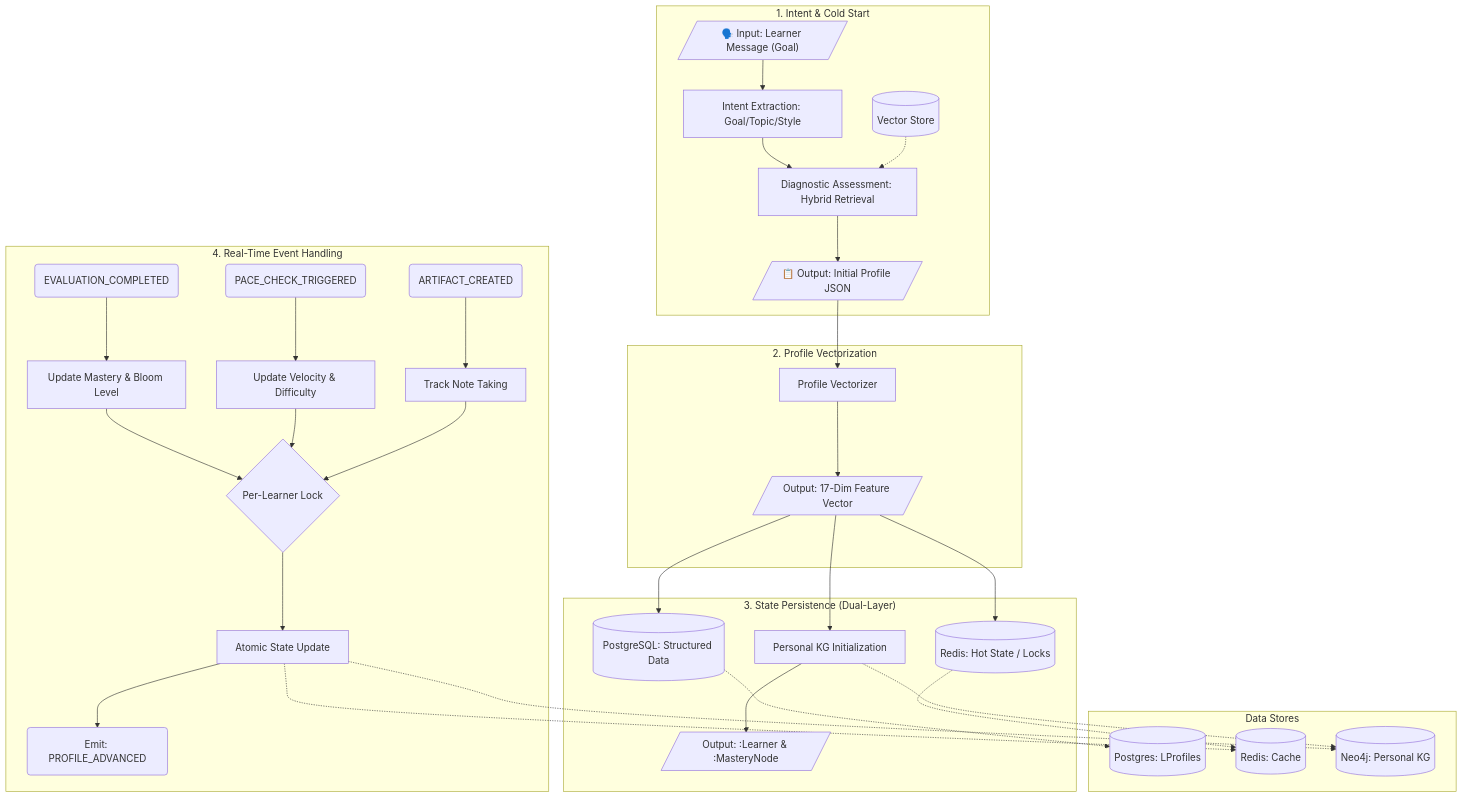
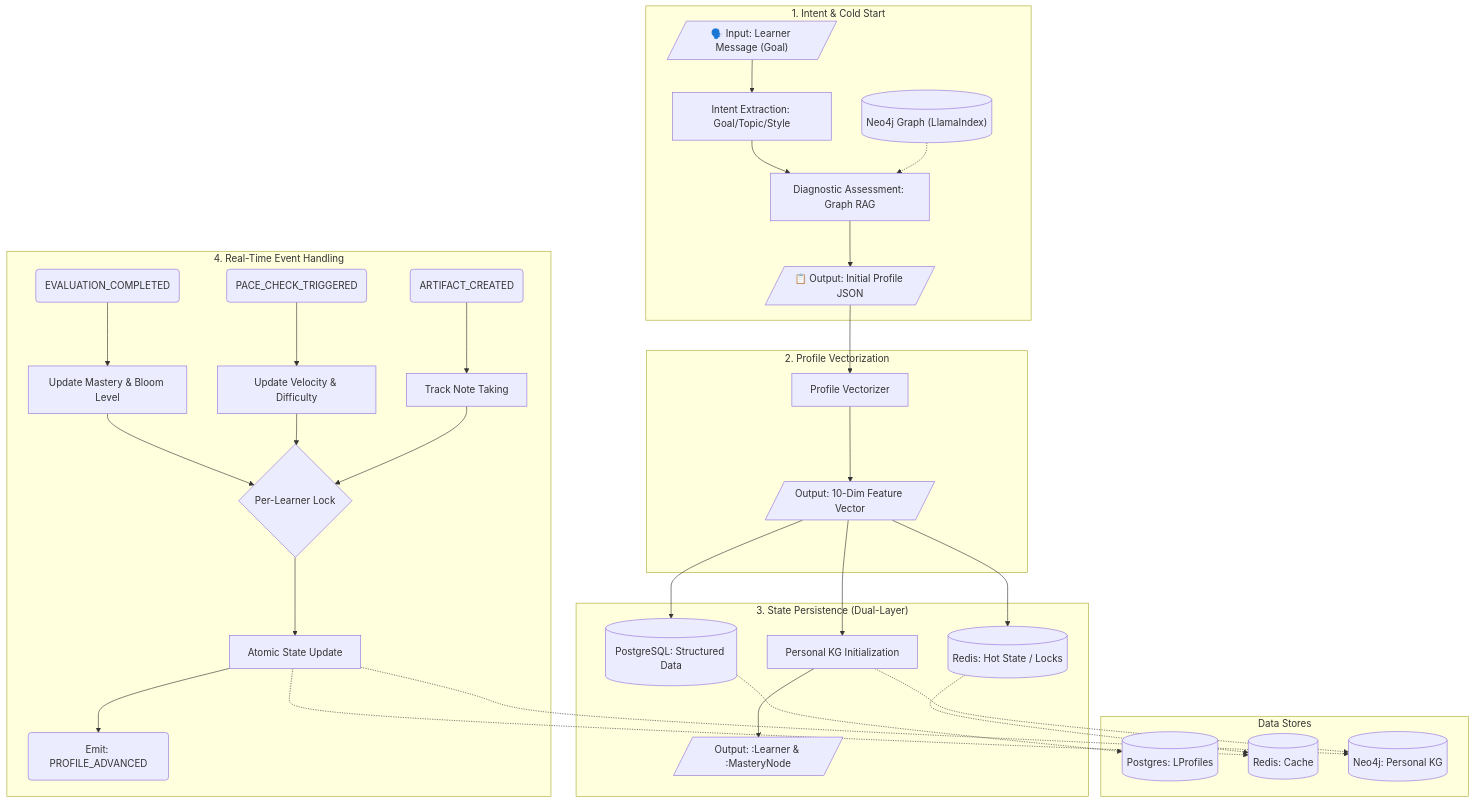
One commit to MinhAn15/Agentic-Personalized-LearningPath changed the diagram in docs/AGENT_2_PROFILER.md. Above: the diagram before and after it, drawn with Mermaid. The commit also changed other lines of this file and 10 other files, not shown here.

Commit message:
feat: introduce core agents (Profiler, Tutor, Path Planner, Evaluator), RL engine, and RAG/GraphRAG research documentation.

````diff
--- a/docs/AGENT_2_PROFILER.md
+++ b/docs/AGENT_2_PROFILER.md
@@ -12,48 +12,48 @@
 ```mermaid
 graph TD
     subgraph "1. Intent & Cold Start"
         IN1[/"🗣️ Input: Learner Message (Goal)"/]
-        VEC_STORE[(Vector Store)]
+        G_STORE[("Neo4j Graph (LlamaIndex)")]
         IN1 --> INTENT[Intent Extraction: Goal/Topic/Style]
-        INTENT --> DIAG[Diagnostic Assessment: Hybrid Retrieval]
-        VEC_STORE -.-> DIAG
+        INTENT --> DIAG[Diagnostic Assessment: Graph RAG]
+        G_STORE -.-> DIAG
         DIAG --> OUT1[/"📋 Output: Initial Profile JSON"/]
     end
 
     subgraph "2. Profile Vectorization"
         OUT1 --> VECTOR[Profile Vectorizer]
-        VECTOR --> VEC_OUT[/"Output: 17-Dim Feature Vector"/]
+        VECTOR --> VEC_OUT[/"Output: 10-Dim Feature Vector"/]
     end
 
     subgraph "3. State Persistence (Dual-Layer)"
         VEC_OUT --> POSTGRES[(PostgreSQL: Structured Data)]
         VEC_OUT --> REDIS[(Redis: Hot State / Locks)]
         VEC_OUT --> NEO4J_INIT[Personal KG Initialization]
         NEO4J_INIT --> NEO_OUT[/"Output: :Learner & :MasteryNode"/]
     end
 
     subgraph "4. Real-Time Event Handling"
         EVENT1(EVALUATION_COMPLETED) --> H_EVAL[Update Mastery & Bloom Level]
         EVENT2(PACE_CHECK_TRIGGERED) --> H_PACE[Update Velocity & Difficulty]
         EVENT3(ARTIFACT_CREATED) --> H_ART[Track Note Taking]
         
         H_EVAL --> LOCK{Per-Learner Lock}
         H_PACE --> LOCK
         H_ART --> LOCK
         
         LOCK --> STATE_UPD[Atomic State Update]
         STATE_UPD --> PUB(Emit: PROFILE_ADVANCED)
     end
     
     subgraph "Data Stores"
         PG[(Postgres: LProfiles)]
         RD[(Redis: Cache)]
         N4J[(Neo4j: Personal KG)]
     end
 
     POSTGRES -.-> PG
     REDIS -.-> RD
     NEO4J_INIT -.-> N4J
     STATE_UPD -.-> RD
     STATE_UPD -.-> N4J
 ```
````
